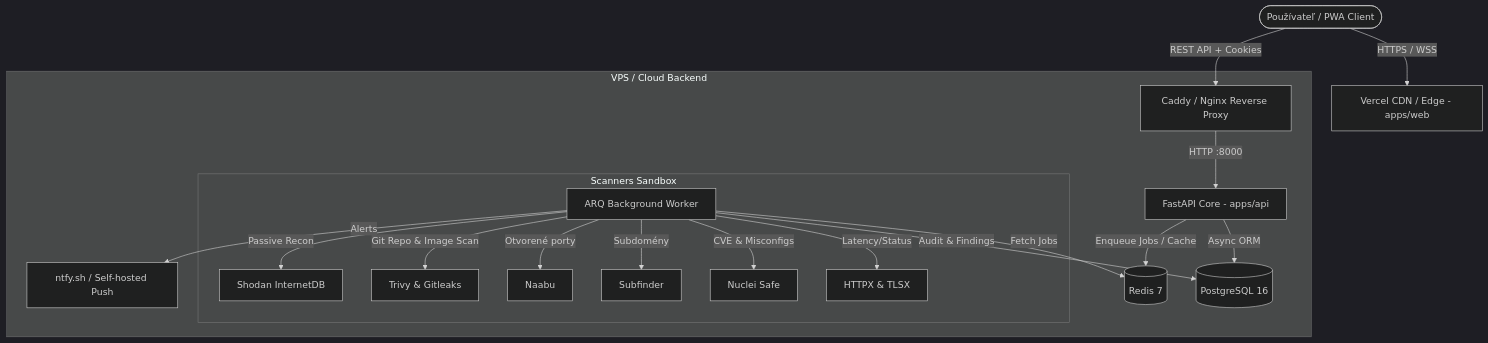
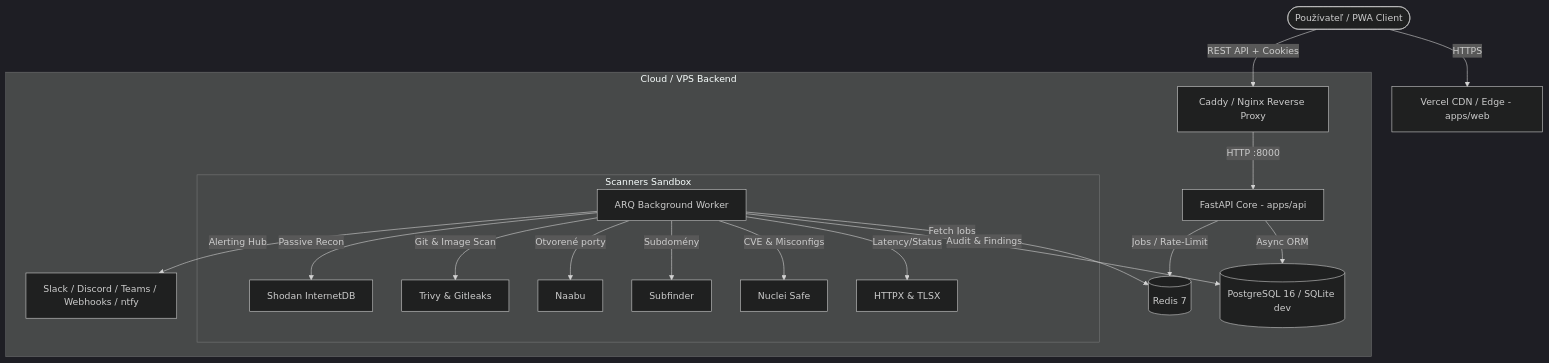
One commit to erikbabcan-commits/shadon-api-scaner changed the diagram in README.md. Above: the diagram before and after it, drawn with Mermaid (dark theme). The commit also changed other lines of this file and 3 other files, not shown here.

````diff
--- a/README.md
+++ b/README.md
@@ -19,25 +25,25 @@
 ```mermaid
 graph TD
-    User([Používateľ / PWA Client]) -->|HTTPS / WSS| Vercel[Vercel CDN / Edge - apps/web]
+    User([Používateľ / PWA Client]) -->|HTTPS| Vercel[Vercel CDN / Edge - apps/web]
     User -->|REST API + Cookies| Gateway[Caddy / Nginx Reverse Proxy]
     
-    subgraph VPS / Cloud Backend
+    subgraph Cloud / VPS Backend
         Gateway -->|HTTP :8000| API[FastAPI Core - apps/api]
-        API -->|Async ORM| DB[(PostgreSQL 16)]
-        API -->|Enqueue Jobs / Cache| Redis[(Redis 7)]
+        API -->|Async ORM| DB[(PostgreSQL 16 / SQLite dev)]
+        API -->|Jobs / Rate-Limit| Redis[(Redis 7)]
         
         Worker[ARQ Background Worker] -->|Fetch Jobs| Redis
         Worker -->|Audit & Findings| DB
         
         subgraph Scanners Sandbox
             Worker -->|Latency/Status| HTTPX[HTTPX & TLSX]
             Worker -->|CVE & Misconfigs| Nuclei[Nuclei Safe]
             Worker -->|Subdomény| Subfinder[Subfinder]
             Worker -->|Otvorené porty| Naabu[Naabu]
-            Worker -->|Git Repo & Image Scan| Trivy[Trivy & Gitleaks]
+            Worker -->|Git & Image Scan| Trivy[Trivy & Gitleaks]
             Worker -->|Passive Recon| InternetDB[Shodan InternetDB]
         end
         
-        Worker -->|Alerts| Ntfy[ntfy.sh / Self-hosted Push]
+        Worker -->|Alerting Hub| Alerts[Slack / Discord / Teams / Webhooks / ntfy]
     end
 ```
````
